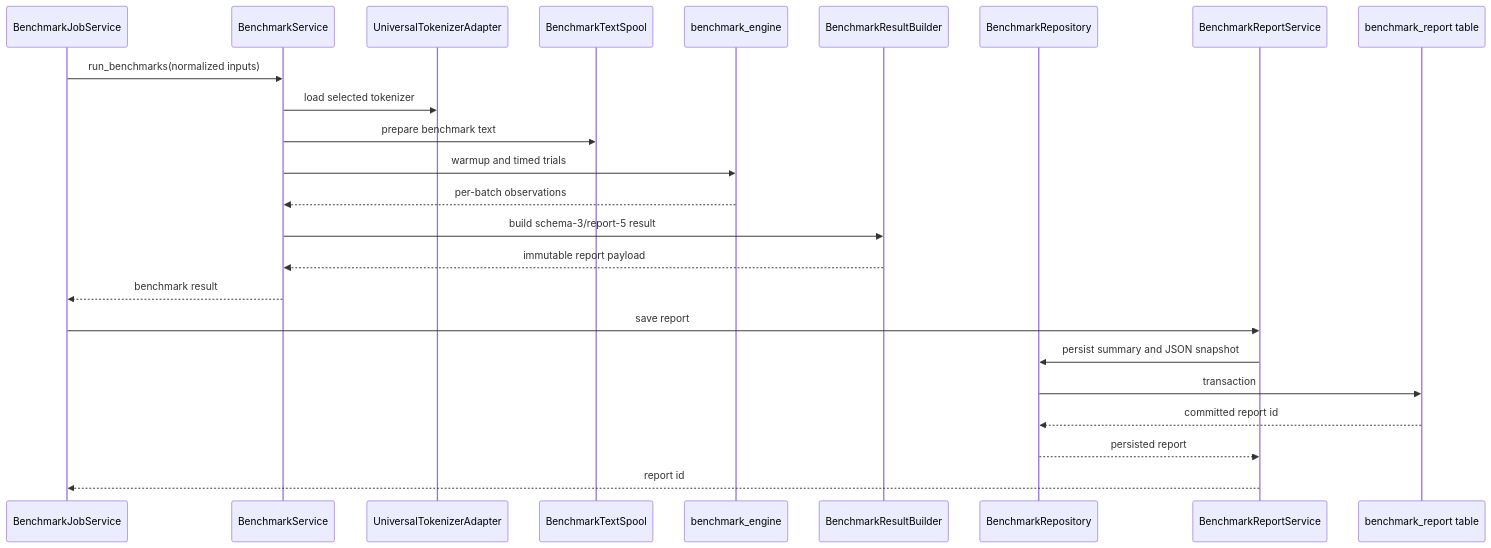
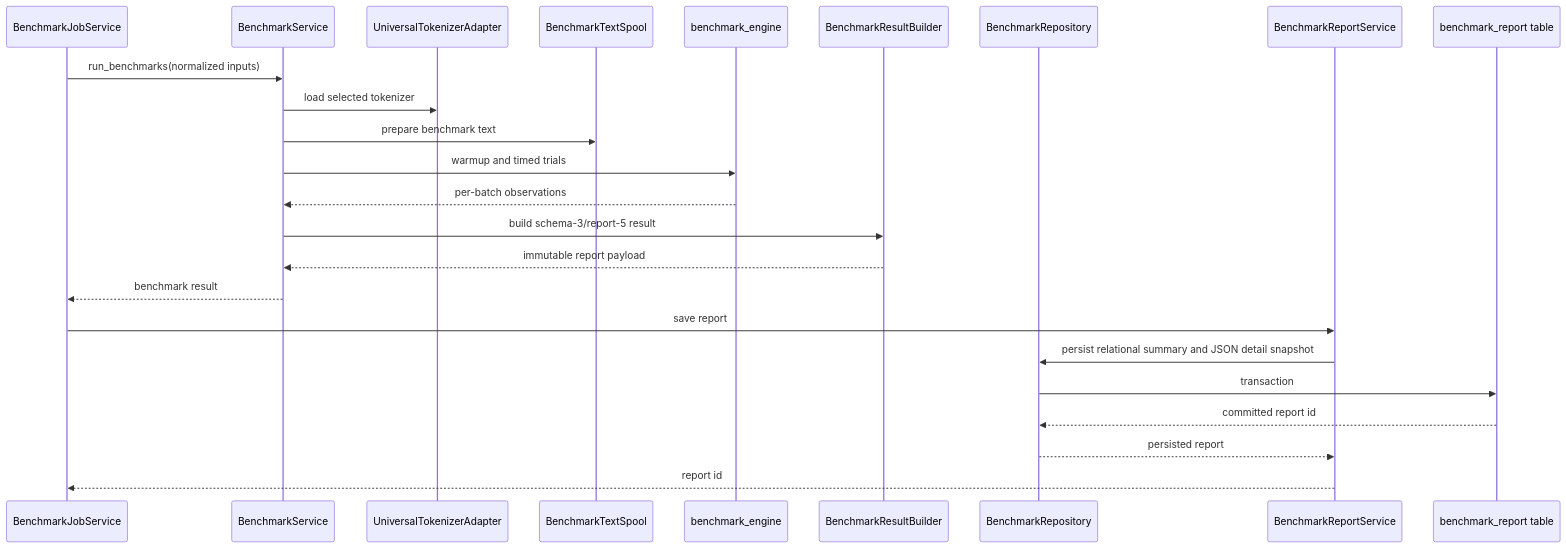
One commit to CTCycle/TKBEN-tokenizers-benchmarker changed the seventh of 7 diagrams in assets/docs/architecture/execution_and_data_flow.md. Above: the diagram before and after it, drawn with Mermaid. The commit also changed other lines of this file and 20 other files, not shown here.

````diff
--- a/assets/docs/architecture/execution_and_data_flow.md
+++ b/assets/docs/architecture/execution_and_data_flow.md
@@ -209,27 +226,27 @@
 ```mermaid
 sequenceDiagram
     participant Job as BenchmarkJobService
     participant Bench as BenchmarkService
     participant Adapter as UniversalTokenizerAdapter
     participant Spool as BenchmarkTextSpool
     participant Engine as benchmark_engine
     participant Builder as BenchmarkResultBuilder
     participant Repo as BenchmarkRepository
     participant Report as BenchmarkReportService
     participant DB as benchmark_report table
 
     Job->>Bench: run_benchmarks(normalized inputs)
     Bench->>Adapter: load selected tokenizer
     Bench->>Spool: prepare benchmark text
     Bench->>Engine: warmup and timed trials
     Engine-->>Bench: per-batch observations
     Bench->>Builder: build schema-3/report-5 result
     Builder-->>Bench: immutable report payload
     Bench-->>Job: benchmark result
     Job->>Report: save report
-    Report->>Repo: persist summary and JSON snapshot
+    Report->>Repo: persist relational summary and JSON detail snapshot
     Repo->>DB: transaction
     DB-->>Repo: committed report id
     Repo-->>Report: persisted report
     Report-->>Job: report id
 ```
````
